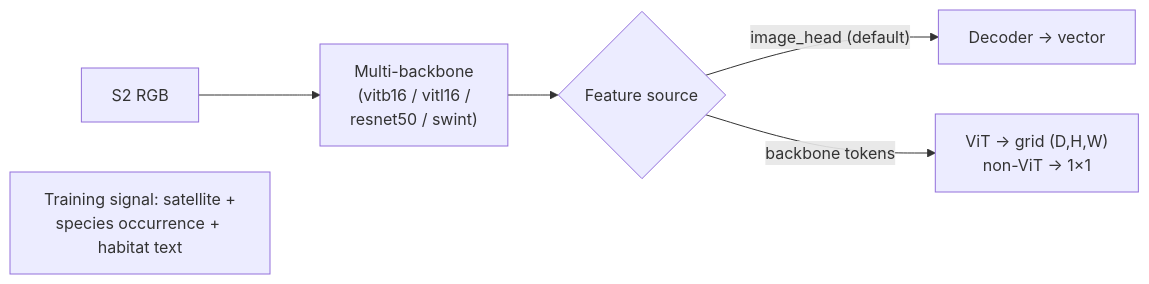
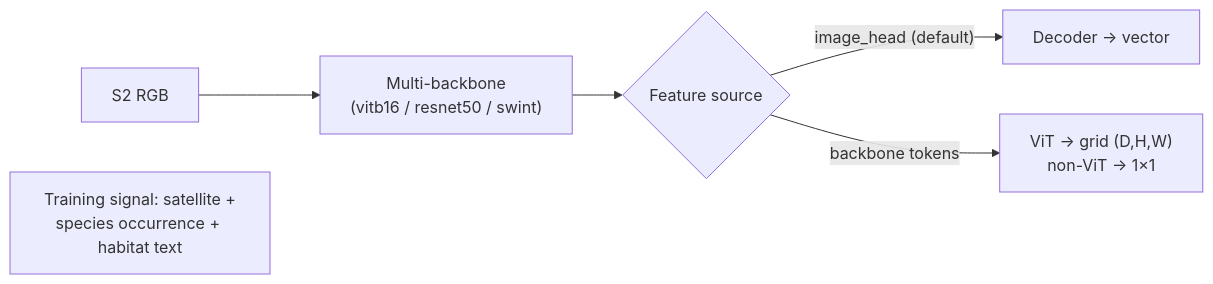
The second of 2 diagrams in docs/models/wildsat.md (cybergis/rs-embed), drawn with Mermaid before and after one commit. The commit also changed other lines of this file and 4 other files, not shown here.

````diff
--- a/docs/models/wildsat.md
+++ b/docs/models/wildsat.md
@@ -60,8 +61,8 @@
 ```mermaid
 flowchart LR
-    RGB["S2 RGB"] --> ARCH["Multi-backbone\n(vitb16 / vitl16 /\nresnet50 / swint)"]
+    RGB["S2 RGB"] --> ARCH["Multi-backbone\n(vitb16 / resnet50 / swint)"]
     ARCH --> FS{Feature source}
     FS -- "image_head (default)" --> VEC["Decoder → vector"]
     FS -- "backbone tokens" --> TOK["ViT → grid (D,H,W)\nnon-ViT → 1×1"]
     TRAIN["Training signal: satellite +\nspecies occurrence + habitat text"]
 ```
````
